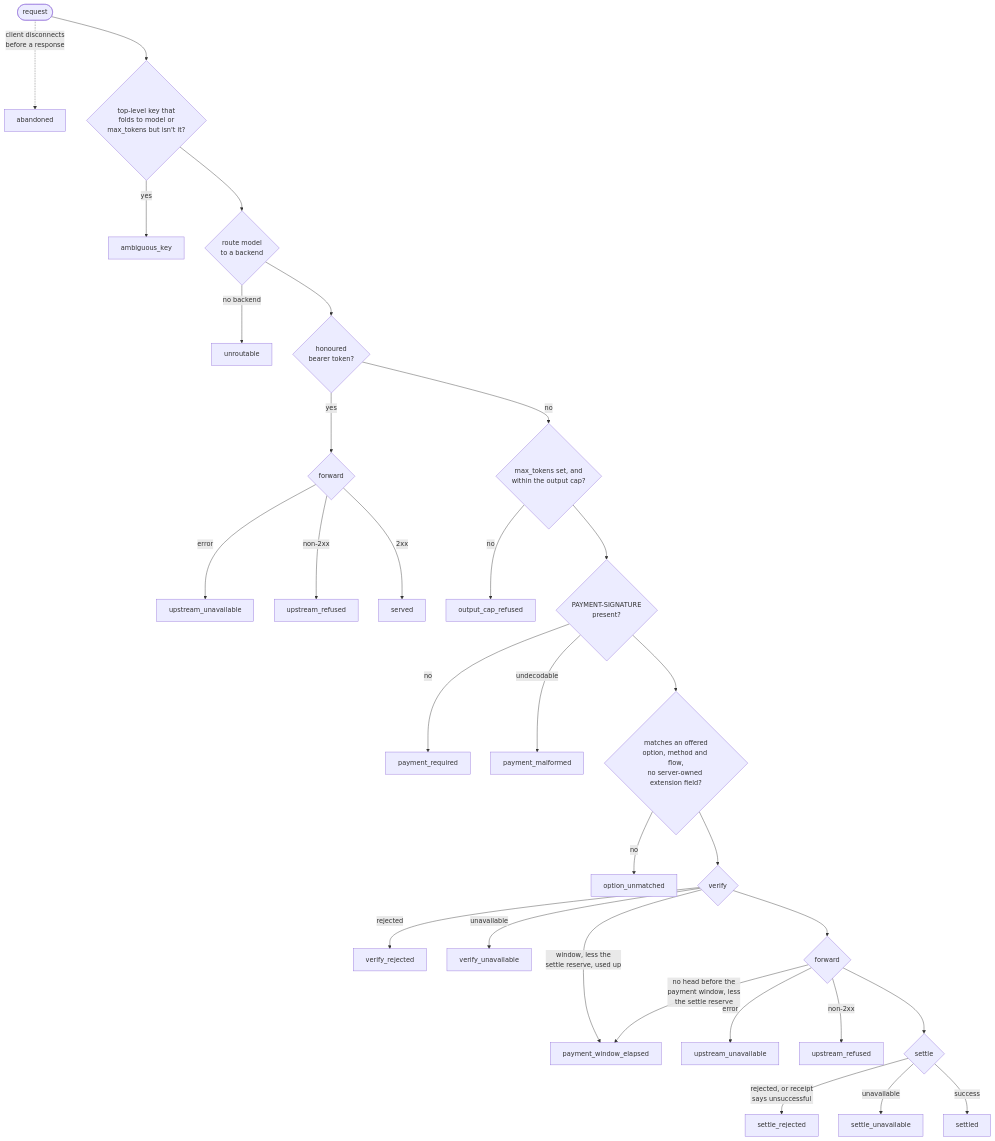
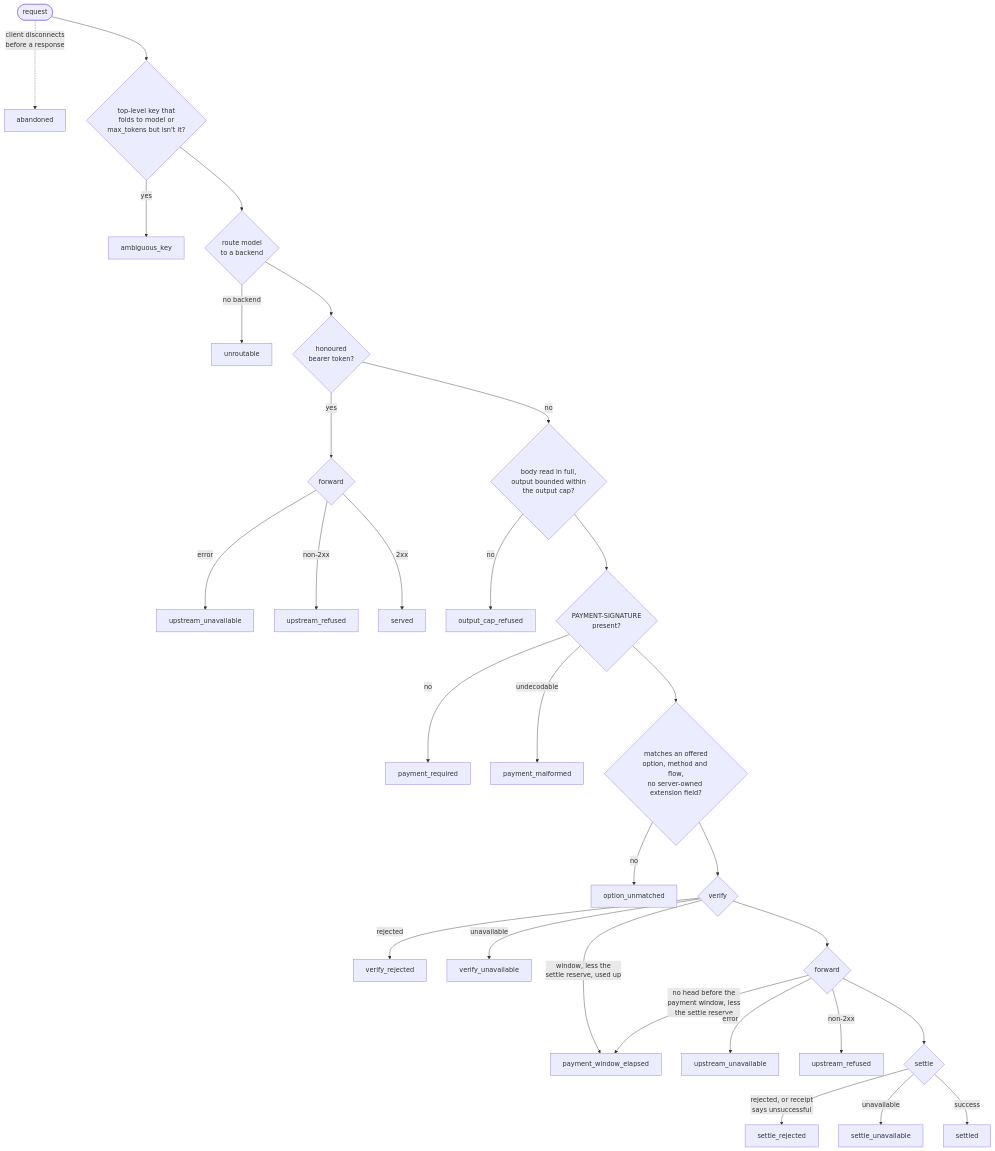
The diagram in docs/telemetry.md (geekinasuit/obolus), drawn with Mermaid before and after one commit. The commit also changed other lines of this file and 7 other files, not shown here.

First line of the commit message:
Close output-cap bypasses: unread body, n/best_of, max_tokens 0 (#31)

````diff
--- a/docs/telemetry.md
+++ b/docs/telemetry.md
@@ -75,32 +75,32 @@
 ```mermaid
 flowchart TB
   req(["request"]) -.->|"client disconnects<br/>before a response"| abandoned["abandoned"]
   req --> keys{"top-level key that<br/>folds to model or<br/>max_tokens but isn't it?"}
   keys -->|"yes"| ambiguous["ambiguous_key"]
   keys --> route{"route model<br/>to a backend"}
   route -->|"no backend"| unroutable["unroutable"]
   route --> token{"honoured<br/>bearer token?"}
   token -->|"yes"| tfwd{"forward"}
   tfwd -->|"error"| t_unavail["upstream_unavailable"]
   tfwd -->|"non-2xx"| t_refused["upstream_refused"]
   tfwd -->|"2xx"| served["served"]
-  token -->|"no"| cap{"max_tokens set, and<br/>within the output cap?"}
+  token -->|"no"| cap{"body read in full,<br/>output bounded within<br/>the output cap?"}
   cap -->|"no"| capped["output_cap_refused"]
   cap --> hdr{"PAYMENT-SIGNATURE<br/>present?"}
   hdr -->|"no"| required["payment_required"]
   hdr -->|"undecodable"| malformed["payment_malformed"]
   hdr --> match{"matches an offered<br/>option, method and flow,<br/>no server-owned extension field?"}
   match -->|"no"| unmatched["option_unmatched"]
   match --> verify{"verify"}
   verify -->|"rejected"| v_rej["verify_rejected"]
   verify -->|"unavailable"| v_unavail["verify_unavailable"]
   verify -->|"window, less the<br/>settle reserve, used up"| w_elapsed["payment_window_elapsed"]
   verify --> fwd{"forward"}
   fwd -->|"no head before the<br/>payment window, less<br/>the settle reserve"| w_elapsed
   fwd -->|"error"| u_unavail["upstream_unavailable"]
   fwd -->|"non-2xx"| u_refused["upstream_refused"]
   fwd --> settle{"settle"}
   settle -->|"rejected, or receipt<br/>says unsuccessful"| s_rej["settle_rejected"]
   settle -->|"unavailable"| s_unavail["settle_unavailable"]
   settle -->|"success"| settled["settled"]
 ```
````
